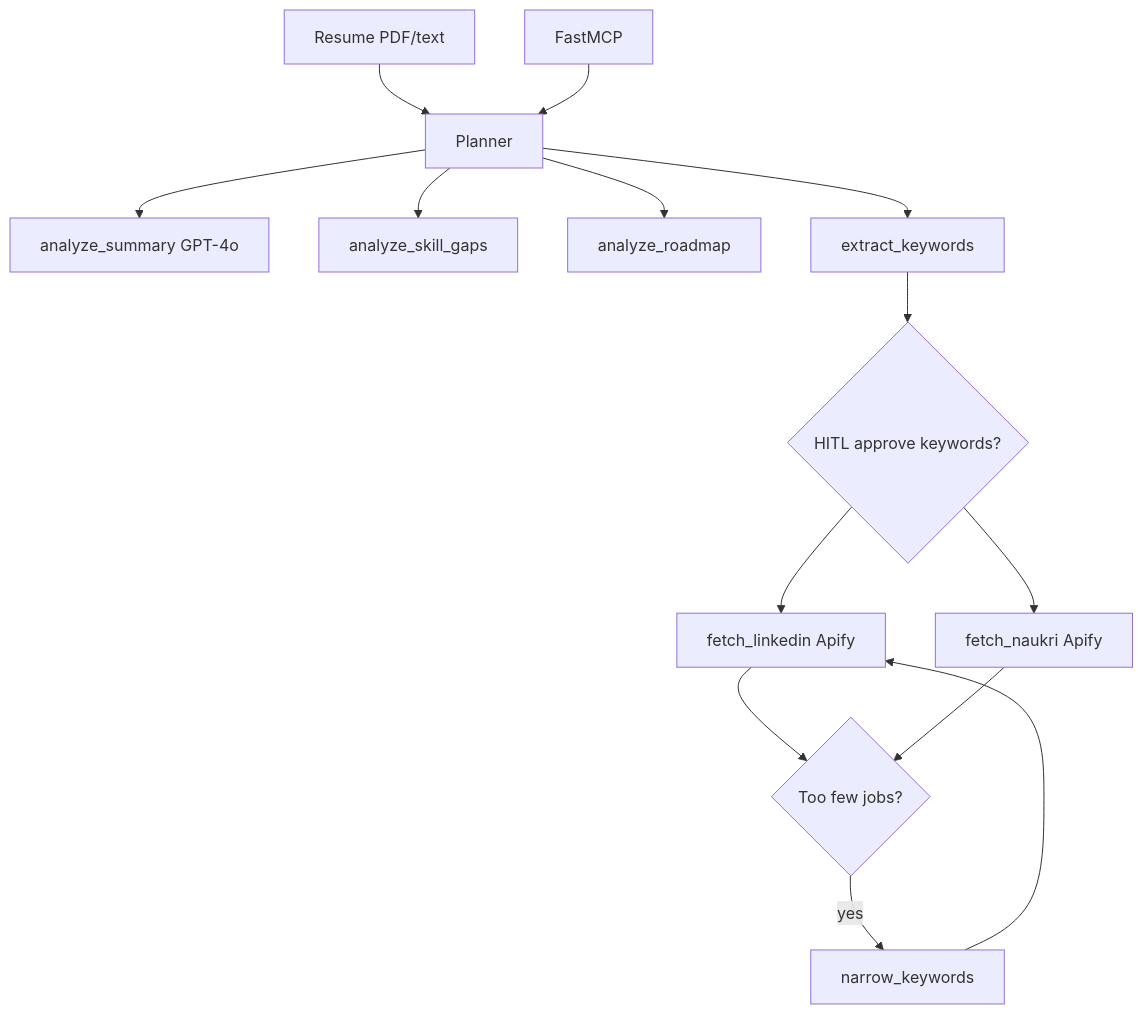
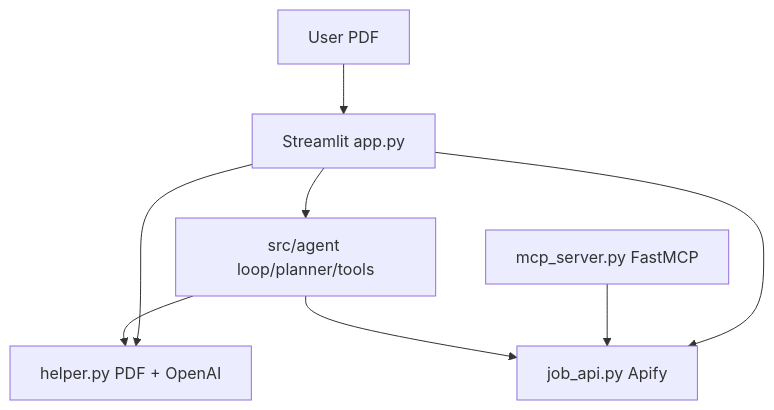
Before and after one commit to ArchanaChetan07/Real-time-Job-recommendation-system---MCP: the first of 3 diagrams in README.md, drawn with Mermaid. The commit also changed other lines of this file, not shown here.

Commit message:
docs: FAANG-ready professional README with diagrams and verified metrics

````diff
--- a/README.md
+++ b/README.md
@@ -30,16 +28,10 @@
 ```mermaid
 flowchart TB
-    R[Resume PDF/text] --> P[Planner]
-    P --> A1[analyze_summary GPT-4o]
-    P --> A2[analyze_skill_gaps]
-    P --> A3[analyze_roadmap]
-    P --> KW[extract_keywords]
-    KW --> HITL{HITL approve keywords?}
-    HITL --> LI[fetch_linkedin Apify]
-    HITL --> NK[fetch_naukri Apify]
-    LI --> OBS{Too few jobs?}
-    NK --> OBS
-    OBS -->|yes| NR[narrow_keywords]
-    NR --> LI
-    MCP[FastMCP] --> P
+  U[User PDF] --> ST[Streamlit app.py]
+  ST --> H[helper.py PDF + OpenAI]
+  ST --> J[job_api.py Apify]
+  MCP[mcp_server.py FastMCP] --> J
+  ST --> A[src/agent loop/planner/tools]
+  A --> H
+  A --> J
 ```
````
